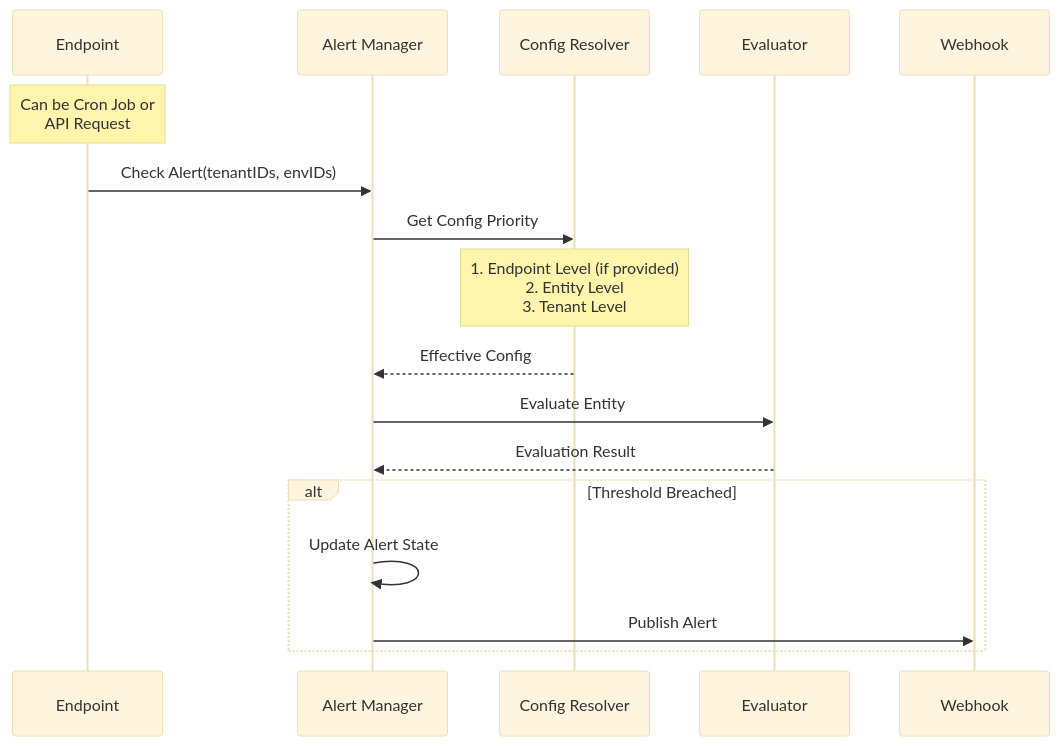
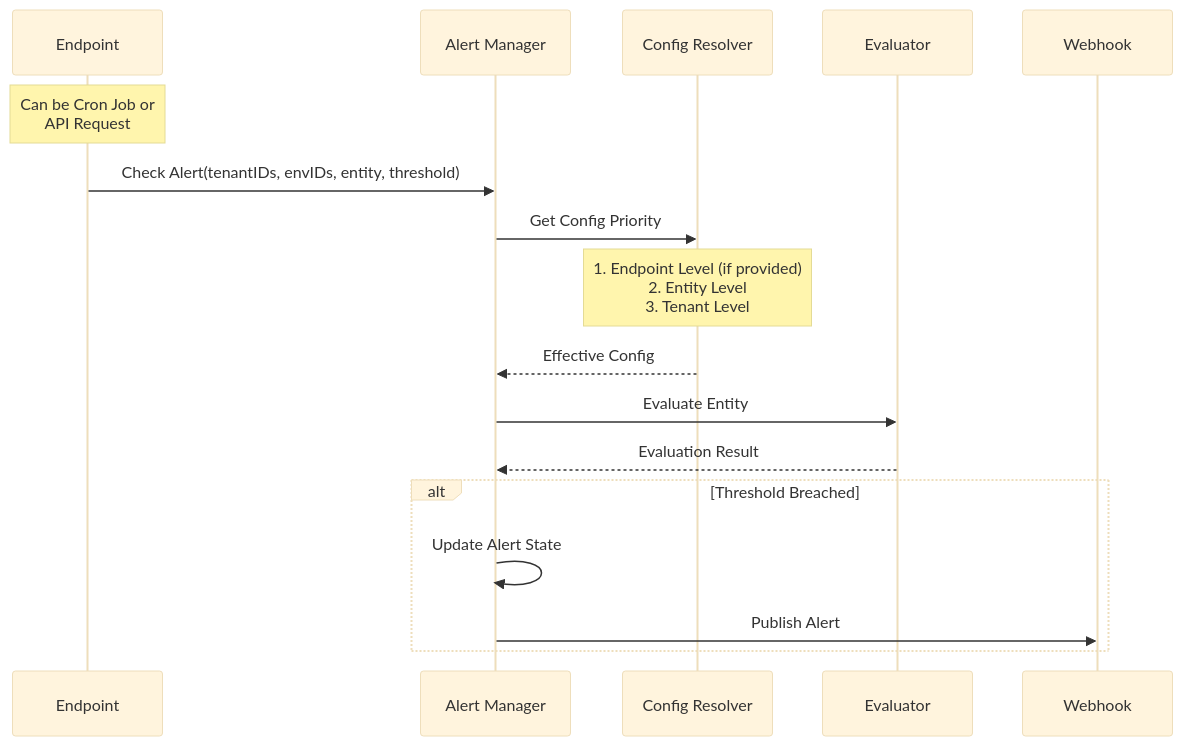
The first of 2 diagrams in docs/prds/alert_engine.md (subratsahilgupta/flexprice), drawn with Mermaid (base theme) before and after one commit. The commit also changed other lines of this file, not shown here.

Commit message:
docs(prd): add alert engine prd- Aug10

````diff
--- a/docs/prds/alert_engine.md
+++ b/docs/prds/alert_engine.md
@@ -70,23 +119,23 @@
 ```mermaid
 sequenceDiagram
     participant EP as Endpoint
     participant AM as Alert Manager
     participant CR as Config Resolver
     participant E as Evaluator
     participant W as Webhook
 
     Note over EP: Can be Cron Job or<br/>API Request
     
-    EP->>AM: Check Alert(tenantIDs, envIDs)
+    EP->>AM: Check Alert(tenantIDs, envIDs, entity, threshold)
     AM->>CR: Get Config Priority
     Note over CR: 1. Endpoint Level (if provided)<br/>2. Entity Level<br/>3. Tenant Level
     CR-->>AM: Effective Config
     
     AM->>E: Evaluate Entity
     E-->>AM: Evaluation Result
     
     alt Threshold Breached
         AM->>AM: Update Alert State
         AM->>W: Publish Alert
     end
 ```
````
